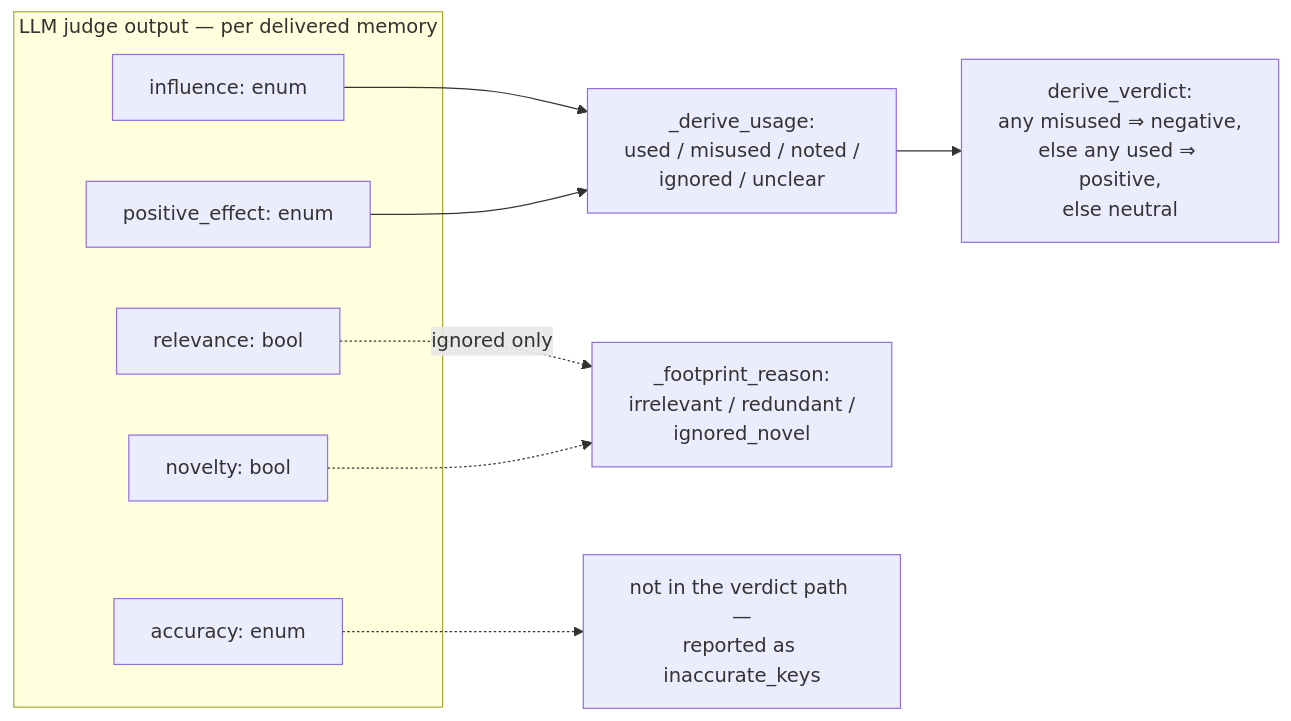
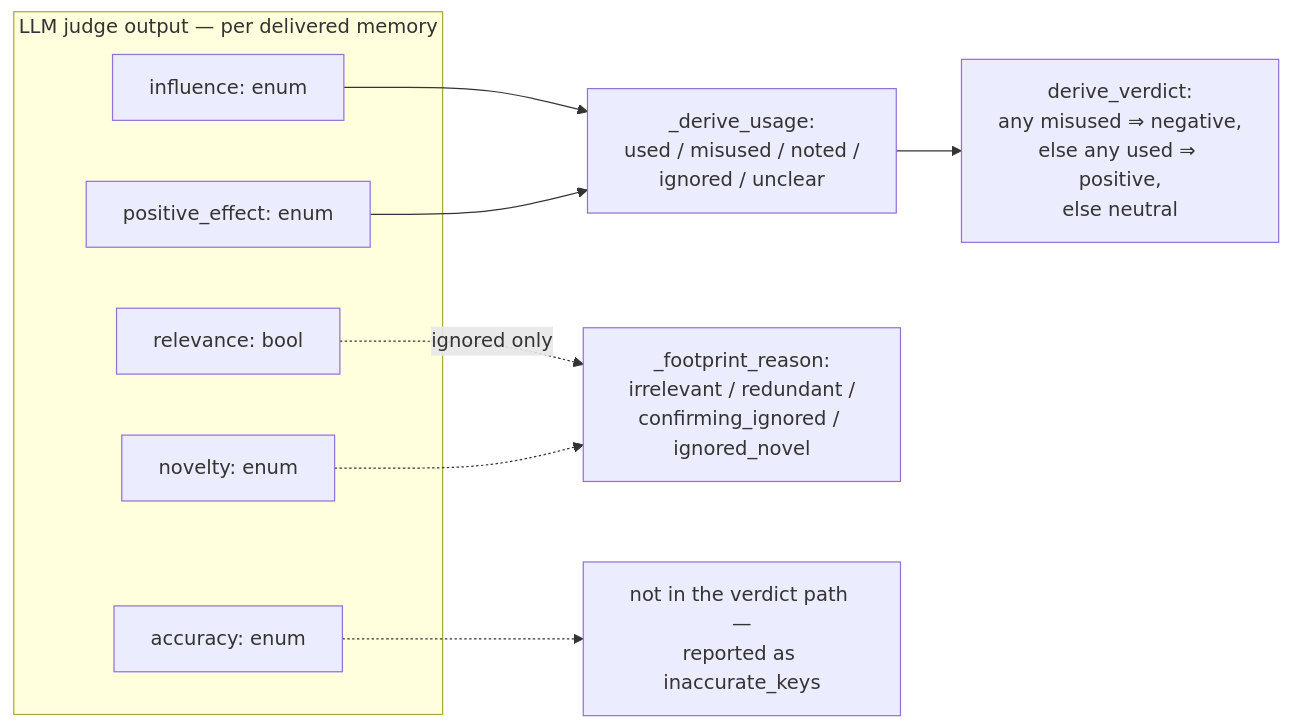
Before and after one commit to ChangranXU/mem-use: the diagram in README.md, drawn with Mermaid. The commit also changed other lines of this file and 16 other files, not shown here.

````diff
--- a/README.md
+++ b/README.md
@@ -105,16 +106,16 @@
 ```mermaid
 flowchart LR
     subgraph LLM["LLM judge output — per delivered memory"]
         relevance["relevance: bool"]
         accuracy["accuracy: enum"]
-        novelty["novelty: bool"]
+        novelty["novelty: enum"]
         influence["influence: enum"]
         positive_effect["positive_effect: enum"]
     end
     influence --> usage["_derive_usage:<br/>used / misused / noted /<br/>ignored / unclear"]
     positive_effect --> usage
-    relevance -. "ignored only" .-> reason["_footprint_reason:<br/>irrelevant / redundant /<br/>ignored_novel"]
+    relevance -. "ignored only" .-> reason["_footprint_reason:<br/>irrelevant / redundant /<br/>confirming_ignored / ignored_novel"]
     novelty -.-> reason
     accuracy -.-> keys["not in the verdict path —<br/>reported as inaccurate_keys"]
     usage --> verdict["derive_verdict:<br/>any misused ⇒ negative,<br/>else any used ⇒ positive,<br/>else neutral"]
 ```
````
